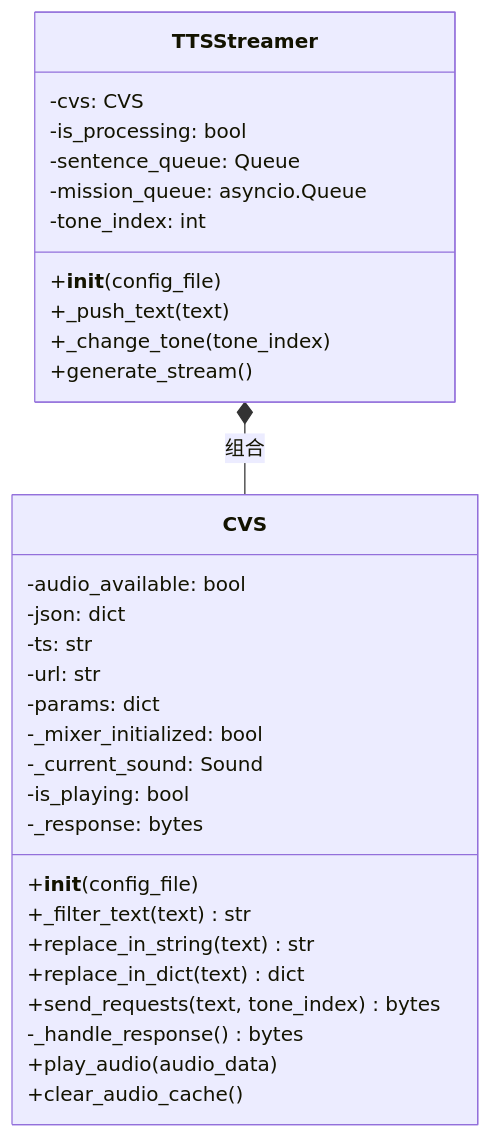
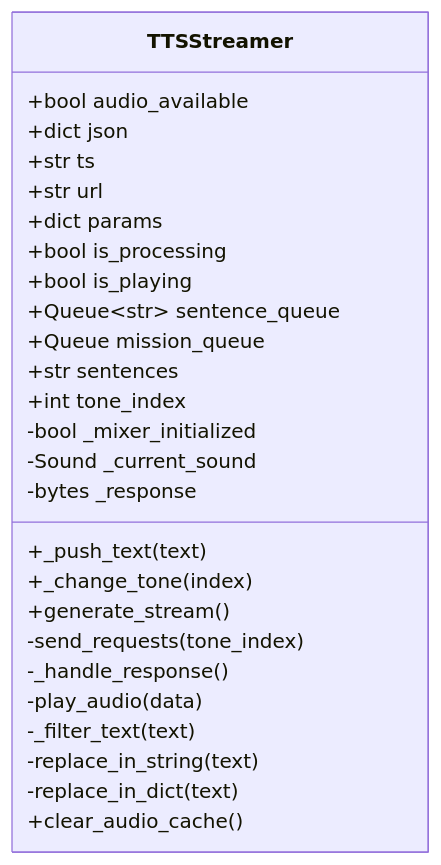
The third of 3 diagrams in voice/customized_voice_service_flow.md (Thingking-Nethor/custom_TTS_service_for_Agent), drawn with Mermaid before and after one commit. The commit also changed other lines of this file, not shown here.

````diff
--- a/voice/customized_voice_service_flow.md
+++ b/voice/customized_voice_service_flow.md
@@ -91,36 +169,29 @@
 ```mermaid
 classDiagram
-    class CVS {
-        -audio_available: bool
-        -json: dict
-        -ts: str
-        -url: str
-        -params: dict
-        -_mixer_initialized: bool
-        -_current_sound: Sound
-        -is_playing: bool
-        -_response: bytes
-        +__init__(config_file)
-        +_filter_text(text) str
-        +replace_in_string(text) str
-        +replace_in_dict(text) dict
-        +send_requests(text, tone_index) bytes
-        -_handle_response() bytes
-        +play_audio(audio_data)
+    class TTSStreamer {
+        +bool audio_available
+        +dict json
+        +str ts
+        +str url
+        +dict params
+        +bool is_processing
+        +bool is_playing
+        +Queue~str~ sentence_queue
+        +Queue mission_queue
+        +str sentences
+        +int tone_index
+        -bool _mixer_initialized
+        -Sound _current_sound
+        -bytes _response
+        +_push_text(text)
+        +_change_tone(index)
+        +generate_stream()
+        -send_requests(tone_index)
+        -_handle_response()
+        -play_audio(data)
+        -_filter_text(text)
+        -replace_in_string(text)
+        -replace_in_dict(text)
         +clear_audio_cache()
     }
-
-    class TTSStreamer {
-        -cvs: CVS
-        -is_processing: bool
-        -sentence_queue: Queue
-        -mission_queue: asyncio.Queue
-        -tone_index: int
-        +__init__(config_file)
-        +_push_text(text)
-        +_change_tone(tone_index)
-        +generate_stream()
-    }
-
-    TTSStreamer *-- CVS : 组合
 ```
````
